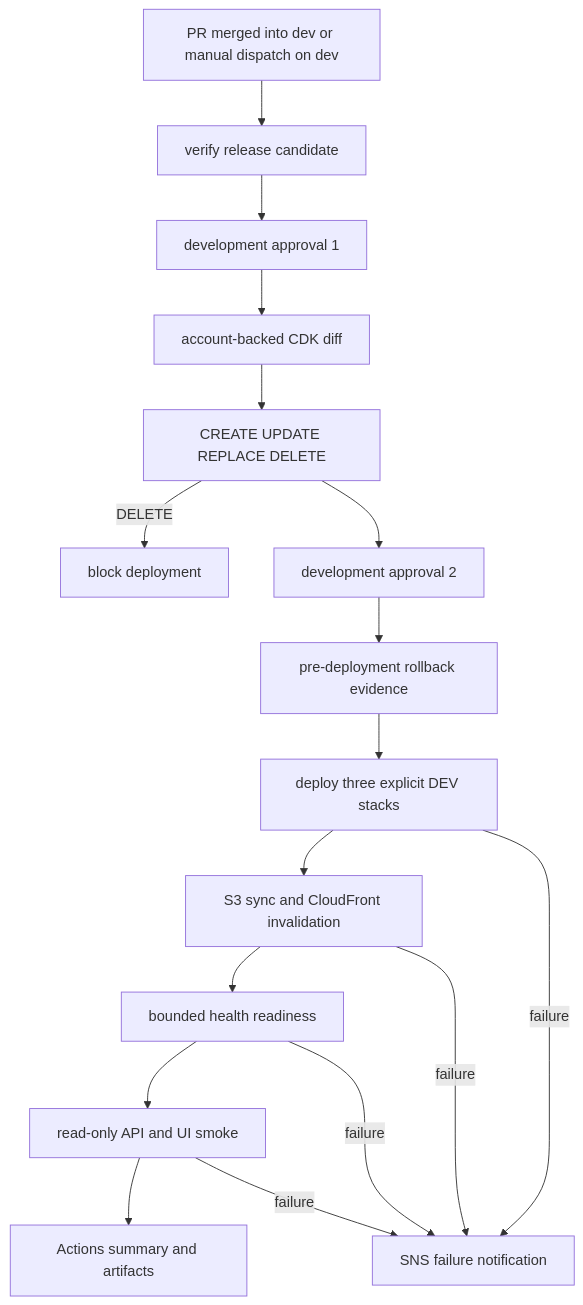
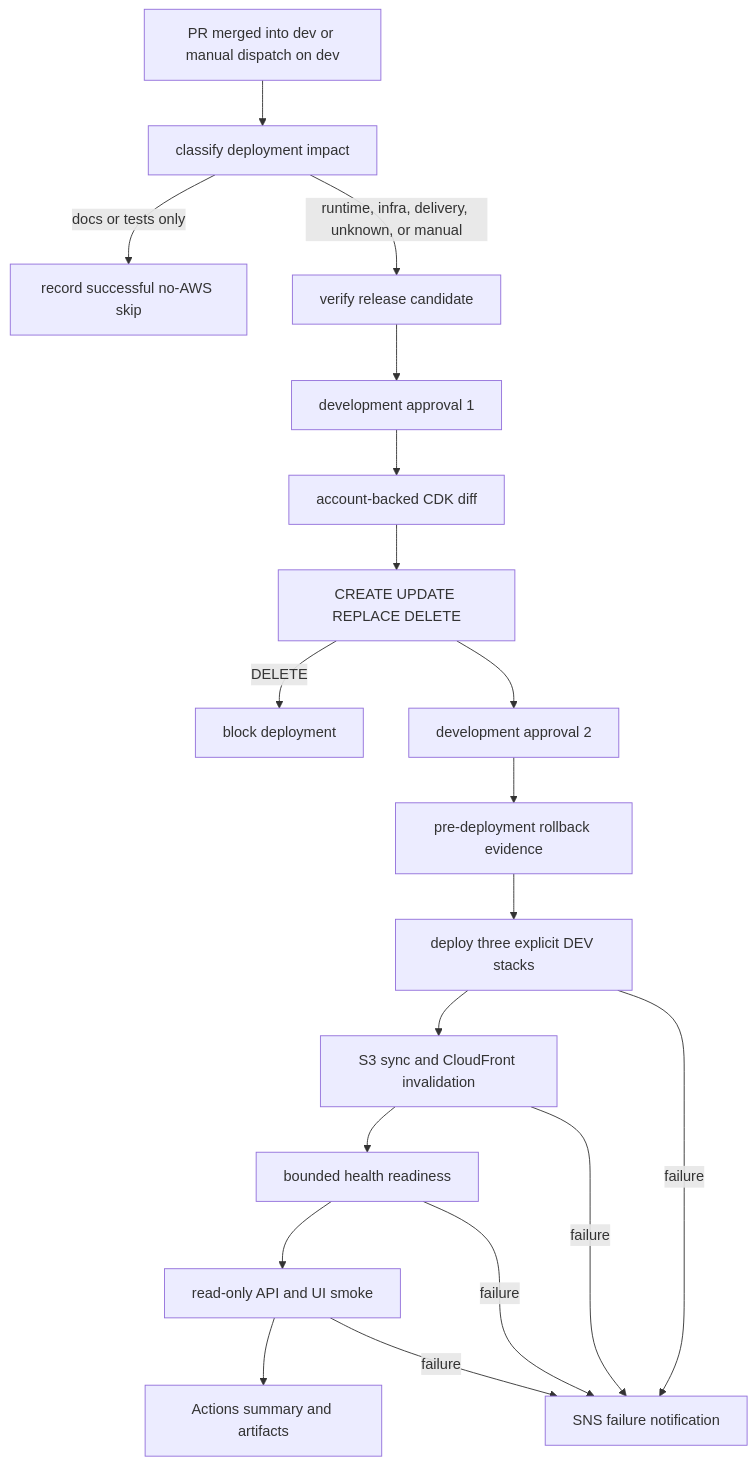
Before and after one commit to Shaobangzhu/chaoran-property-intelligence: the diagram in docs/runbooks/aws-dev-deployment.md, drawn with Mermaid. The commit also changed other lines of this file and 17 other files, not shown here.

Commit message:
feat(delivery): add dependency-aware DEV deployment

````diff
--- a/docs/runbooks/aws-dev-deployment.md
+++ b/docs/runbooks/aws-dev-deployment.md
@@ -19,19 +19,21 @@
 ```mermaid
 flowchart TD
-    Dev[PR merged into dev or manual dispatch on dev] --> Verify[verify release candidate]
+    Dev[PR merged into dev or manual dispatch on dev] --> Impact[classify deployment impact]
+    Impact -->|docs or tests only| Skip[record successful no-AWS skip]
+    Impact -->|runtime, infra, delivery, unknown, or manual| Verify[verify release candidate]
     Verify --> Approval1[development approval 1]
     Approval1 --> Diff[account-backed CDK diff]
     Diff --> Classify[CREATE UPDATE REPLACE DELETE]
     Classify -->|DELETE| Block[block deployment]
     Classify --> Approval2[development approval 2]
     Approval2 --> Evidence[pre-deployment rollback evidence]
     Evidence --> Deploy[deploy three explicit DEV stacks]
     Deploy --> Web[S3 sync and CloudFront invalidation]
     Web --> Ready[bounded health readiness]
     Ready --> Smoke[read-only API and UI smoke]
     Smoke --> Results[Actions summary and artifacts]
     Deploy -->|failure| Failure[SNS failure notification]
     Web -->|failure| Failure
     Ready -->|failure| Failure
     Smoke -->|failure| Failure
 ```
````
